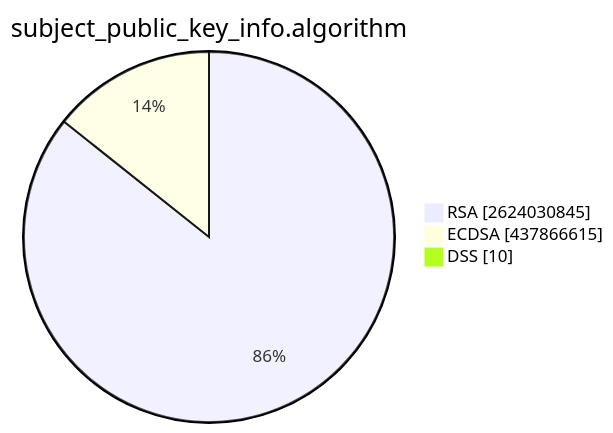
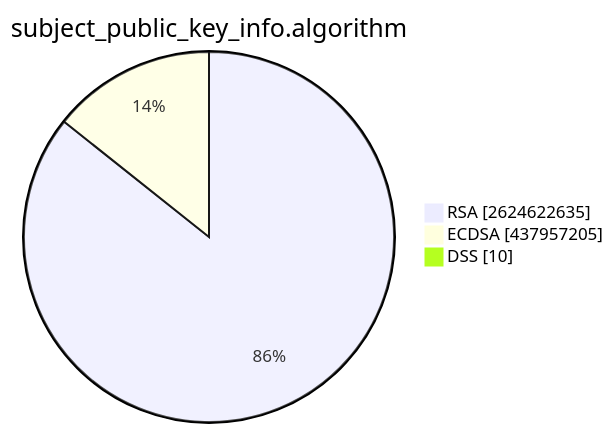
The second of 15 diagrams in TOTAL/README.md (christiankrug/ctmonitor_visualization), drawn with Mermaid before and after one commit. The commit also changed other lines of this file, not shown here.

````diff
--- a/TOTAL/README.md
+++ b/TOTAL/README.md
@@ -6,7 +6,7 @@
 ```mermaid
 pie showData
 title subject_public_key_info.algorithm
-"RSA" :2624030845
-"ECDSA" :437866615
+"RSA" :2624622635
+"ECDSA" :437957205
 "DSS" :10
 ```
````
